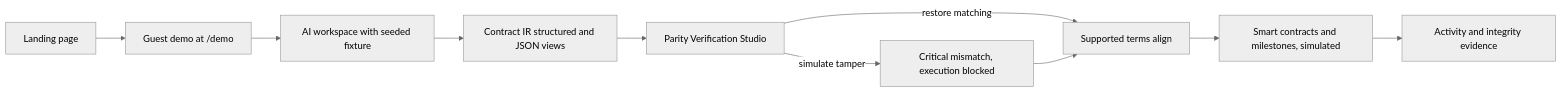
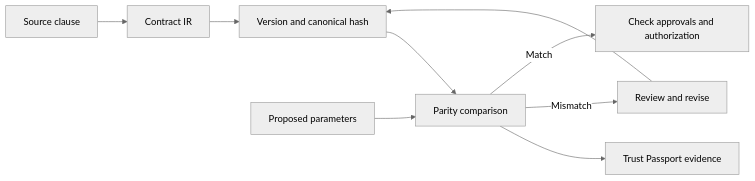
One commit to the-nidhi-bhat/LEXORA-LegalX changed the first of 2 diagrams in README.md. Above: the diagram before and after it, drawn with Mermaid (neutral theme). The commit also changed other lines of this file and 16 other files, not shown here.

````diff
--- a/README.md
+++ b/README.md
@@ -180,12 +22,11 @@
 ```mermaid
 flowchart LR
-    A[Landing page] --> B[Guest demo at /demo]
-    B --> C[AI workspace with seeded fixture]
-    C --> D[Contract IR structured and JSON views]
-    D --> E[Parity Verification Studio]
-    E -->|simulate tamper| F[Critical mismatch, execution blocked]
-    E -->|restore matching| G[Supported terms align]
-    F --> G
-    G --> H[Smart contracts and milestones, simulated]
-    H --> I[Activity and integrity evidence]
+    A[Source clause] --> B[Contract IR]
+    B --> C[Version and canonical hash]
+    C --> D[Parity comparison]
+    E[Proposed parameters] --> D
+    D --> F[Trust Passport evidence]
+    D -->|Mismatch| G[Review and revise]
+    D -->|Match| H[Check approvals and authorization]
+    G --> C
 ```
````
